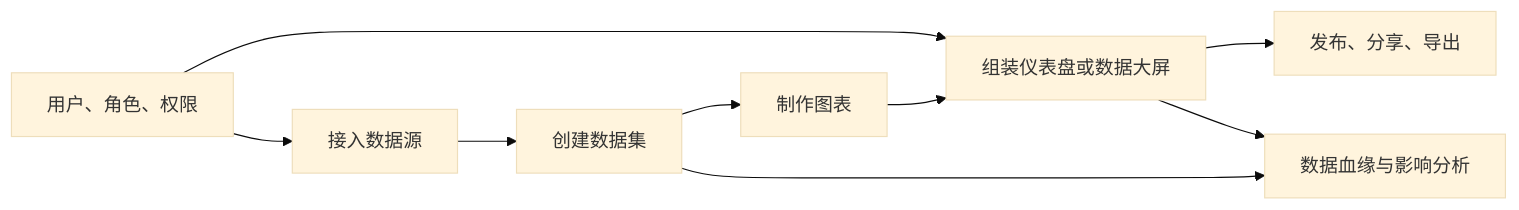
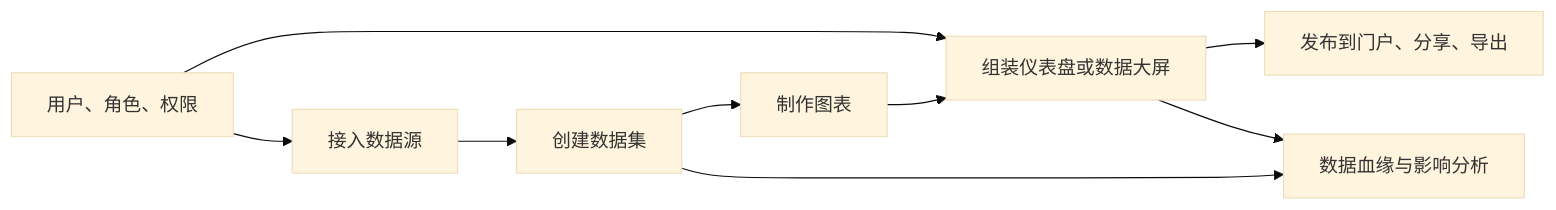
The diagram in content/docs/crest/index.mdx (sevoniva/sevoniva.github.io), drawn with Mermaid (base theme) before and after one commit. The commit also changed other lines of this file and 27 other files, not shown here.

````diff
--- a/content/docs/crest/index.mdx
+++ b/content/docs/crest/index.mdx
@@ -83,11 +84,11 @@
 ```mermaid
 flowchart LR
   A["接入数据源"] --> B["创建数据集"]
   B --> C["制作图表"]
   C --> D["组装仪表盘或数据大屏"]
-  D --> E["发布、分享、导出"]
+  D --> E["发布到门户、分享、导出"]
   B --> F["数据血缘与影响分析"]
   D --> F
   G["用户、角色、权限"] --> A
   G --> D
 ```
````
